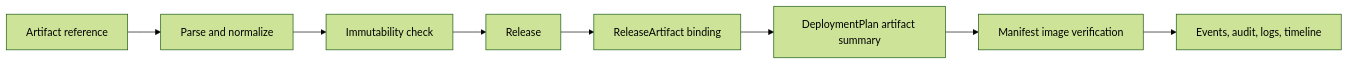
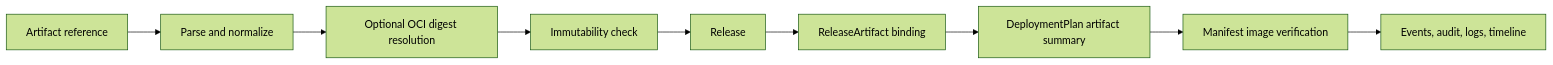
One commit to sevoniva/Nivora changed the diagram in docs/architecture/artifact-model.md. Above: the diagram before and after it, drawn with Mermaid (forest theme). The commit also changed other lines of this file and 29 other files, not shown here.

Commit message:
feat: add oci digest resolution foundation

````diff
--- a/docs/architecture/artifact-model.md
+++ b/docs/architecture/artifact-model.md
@@ -21,10 +24,11 @@
 ```mermaid
 flowchart LR
     Ref["Artifact reference"] --> Parse["Parse and normalize"]
-    Parse --> Immutable["Immutability check"]
+    Parse --> Resolve["Optional OCI digest resolution"]
+    Resolve --> Immutable["Immutability check"]
     Immutable --> Release["Release"]
     Release --> Binding["ReleaseArtifact binding"]
     Binding --> Plan["DeploymentPlan artifact summary"]
     Plan --> Manifest["Manifest image verification"]
     Manifest --> Trace["Events, audit, logs, timeline"]
 ```
````
